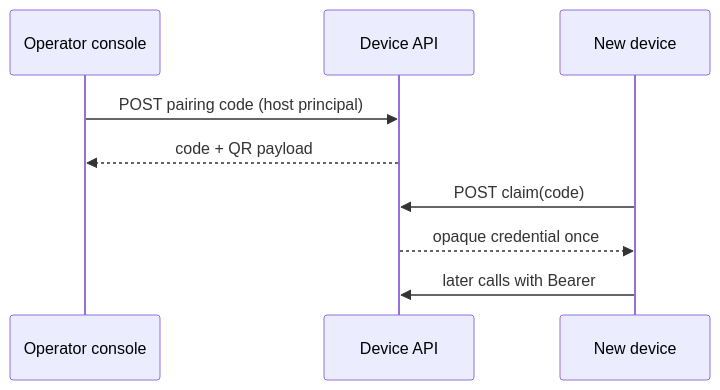
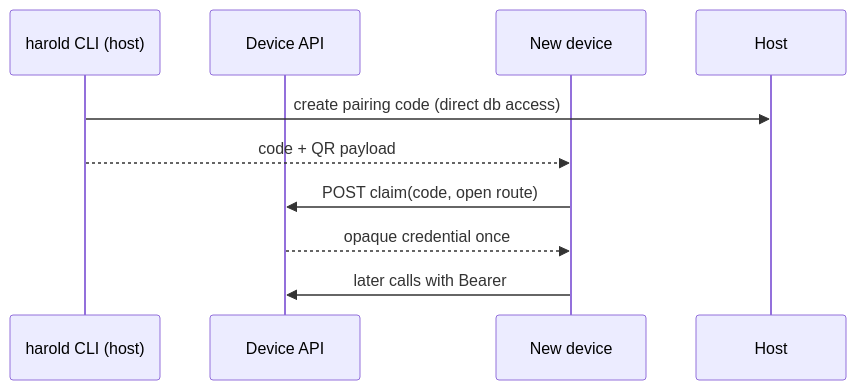
The third of 3 diagrams in docs/adr/0000-harold.md (codenamegary/harold), drawn with Mermaid before and after one commit. The commit also changed other lines of this file and 421 other files, not shown here.

First line of the commit message:
refactor(server)!: retire the console and make HTTP the device-only edge (#333)

````diff
--- a/docs/adr/0000-harold.md
+++ b/docs/adr/0000-harold.md
@@ -127,12 +130,12 @@
 ```mermaid
 sequenceDiagram
-  participant Console as Operator console
+  participant CLI as harold CLI (host)
   participant API as Device API
   participant Device as New device
 
-  Console->>API: POST pairing code (host principal)
-  API-->>Console: code + QR payload
-  Device->>API: POST claim(code)
+  CLI->>Host: create pairing code (direct db access)
+  CLI-->>Device: code + QR payload
+  Device->>API: POST claim(code, open route)
   API-->>Device: opaque credential once
   Device->>API: later calls with Bearer
 ```
````
